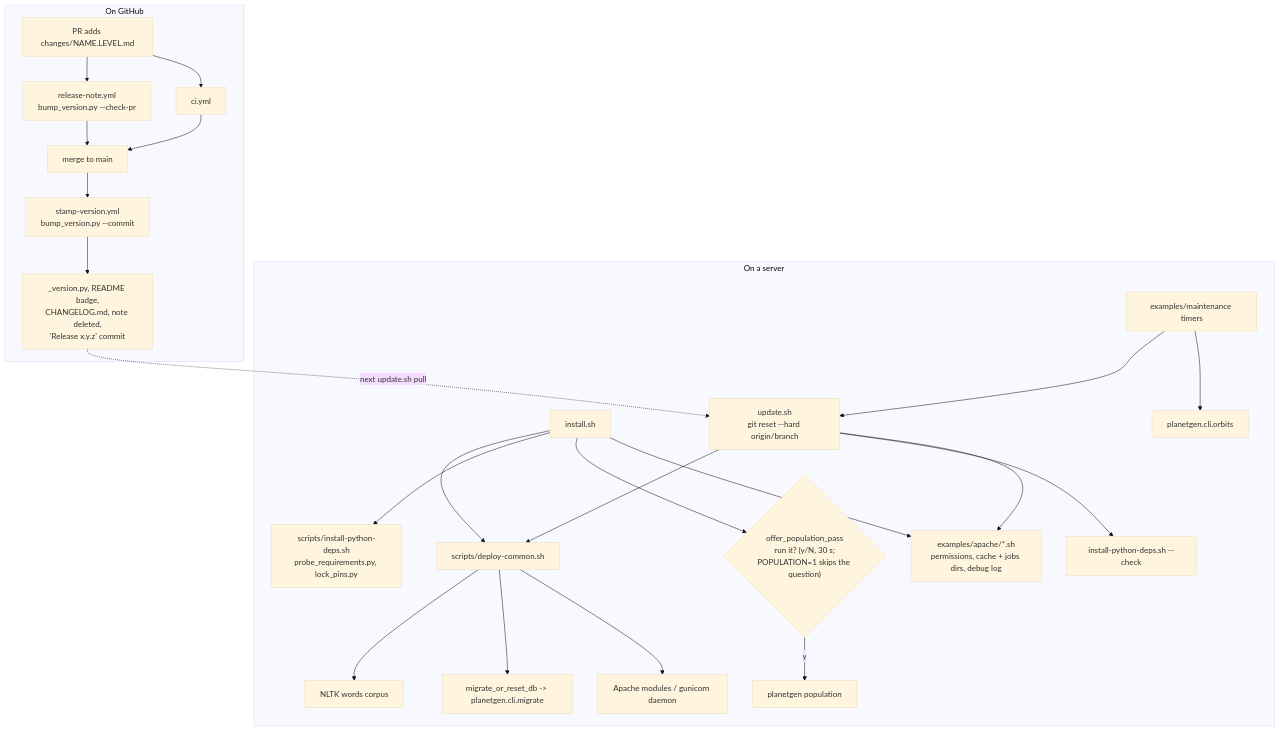
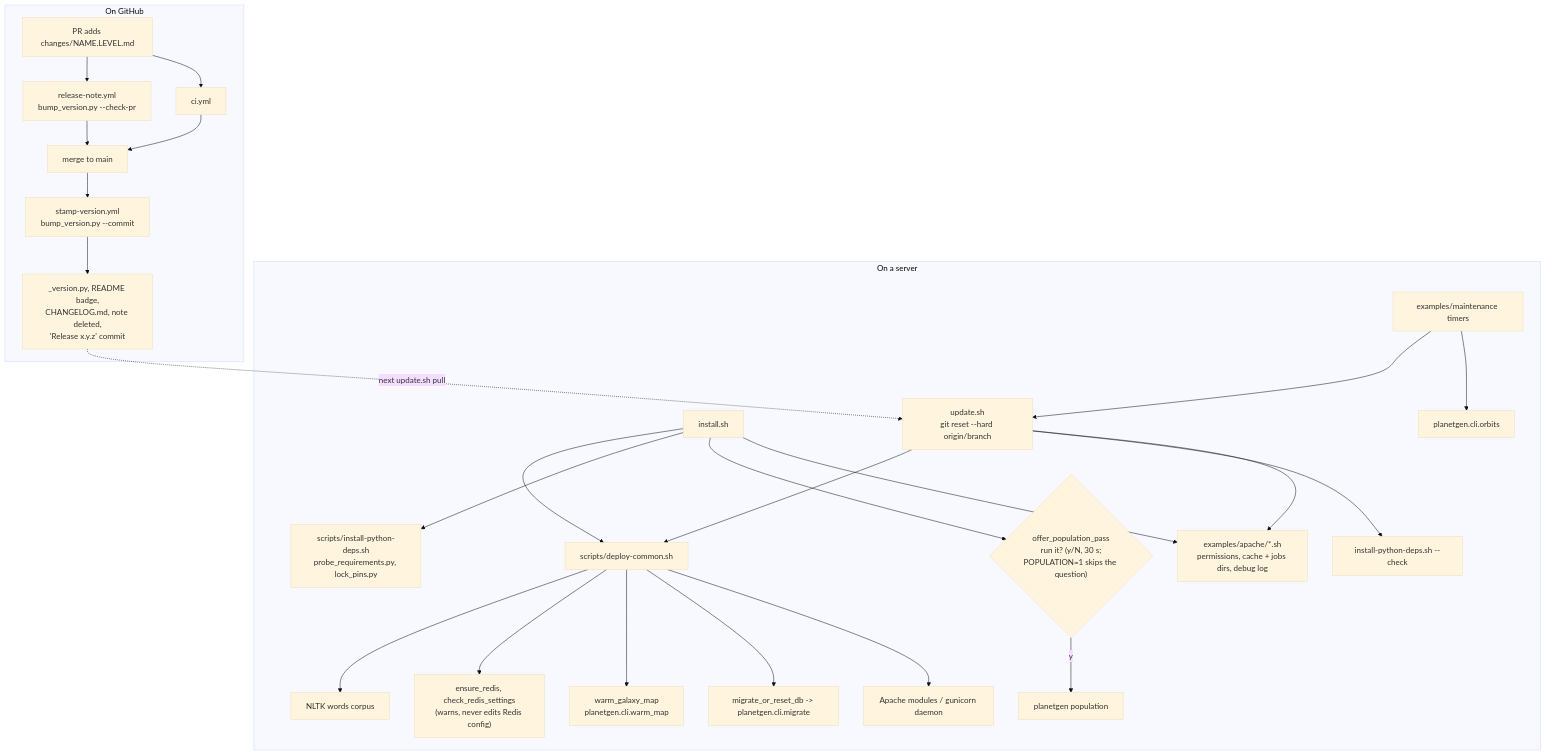
One commit to dwhagar/planetGen changed the eighth of 8 diagrams in docs/design/architecture.md. Above: the diagram before and after it, drawn with Mermaid (base theme). The commit also changed other lines of this file and 1 other file, not shown here.

First line of the commit message:
Rewrite the architecture document's code map and flows for the current code (DOC.27, DOC.28)

````diff
--- a/docs/design/architecture.md
+++ b/docs/design/architecture.md
@@ -759,27 +1016,29 @@
 ```mermaid
 flowchart TD
     subgraph Server["On a server"]
         I["install.sh"] --> DC["scripts/deploy-common.sh"]
         U["update.sh<br/>git reset --hard origin/branch"] --> DC
         I --> PD["scripts/install-python-deps.sh<br/>probe_requirements.py, lock_pins.py"]
         U --> PDC["install-python-deps.sh --check"]
         DC --> NL["NLTK words corpus"]
+        DC --> RD["ensure_redis, check_redis_settings<br/>(warns, never edits Redis config)"]
+        DC --> WM["warm_galaxy_map<br/>planetgen.cli.warm_map"]
         DC --> MR["migrate_or_reset_db -> planetgen.cli.migrate"]
         I --> POP{"offer_population_pass<br/>run it? (y/N, 30 s;<br/>POPULATION=1 skips the question)"}
         POP -->|"y"| GP["planetgen population"]
         DC --> WS["Apache modules / gunicorn daemon"]
         I --> EX["examples/apache/*.sh<br/>permissions, cache + jobs dirs, debug log"]
         U --> EX
         T["examples/maintenance timers"] --> U
         T --> UO["planetgen.cli.orbits"]
     end
     subgraph Release["On GitHub"]
         PR["PR adds changes/NAME.LEVEL.md"] --> RN["release-note.yml<br/>bump_version.py --check-pr"]
         PR --> CI["ci.yml"]
         RN --> Merge["merge to main"]
         CI --> Merge
         Merge --> SV["stamp-version.yml<br/>bump_version.py --commit"]
         SV --> Out["_version.py, README badge,<br/>CHANGELOG.md, note deleted,<br/>'Release x.y.z' commit"]
     end
     Out -. "next update.sh pull" .-> U
 ```
````
